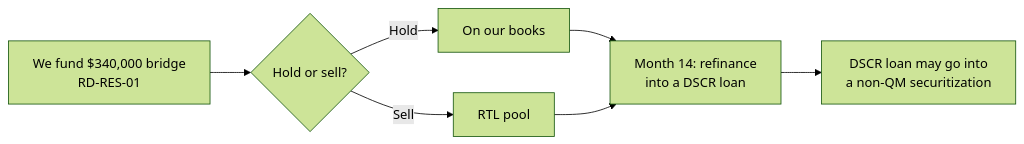
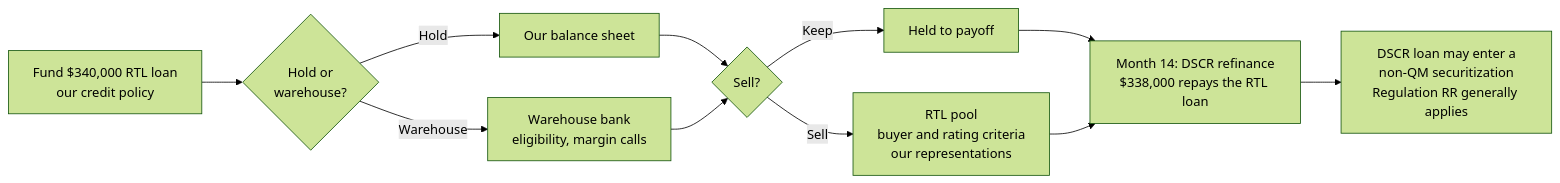
Before and after one commit to mattanllc-source/bpl-course-: the second of 4 diagrams in modules/core/c00/lesson.md, drawn with Mermaid (forest theme). The commit also changed other lines of this file and 33 other files, not shown here.

````diff
--- a/modules/core/c00/lesson.md
+++ b/modules/core/c00/lesson.md
@@ -121,9 +462,13 @@
 ```mermaid
 flowchart LR
-  A["We fund $340,000 bridge<br/>RD-RES-01"] --> B{"Hold or sell?"}
-  B -->|Hold| C["On our books"]
-  B -->|Sell| D["RTL pool"]
-  C --> E["Month 14: refinance<br/>into a DSCR loan"]
+  A["Fund $340,000 RTL loan<br/>our credit policy"] --> B{"Hold or<br/>warehouse?"}
+  B -->|Hold| C["Our balance sheet"]
+  B -->|Warehouse| D["Warehouse bank<br/>eligibility, margin calls"]
+  C --> E{"Sell?"}
   D --> E
-  E --> F["DSCR loan may go into<br/>a non-QM securitization"]
+  E -->|Keep| F["Held to payoff"]
+  E -->|Sell| G["RTL pool<br/>buyer and rating criteria<br/>our representations"]
+  F --> H["Month 14: DSCR refinance<br/>$338,000 repays the RTL loan"]
+  G --> H
+  H --> I["DSCR loan may enter a<br/>non-QM securitization<br/>Regulation RR generally applies"]
 ```
````
